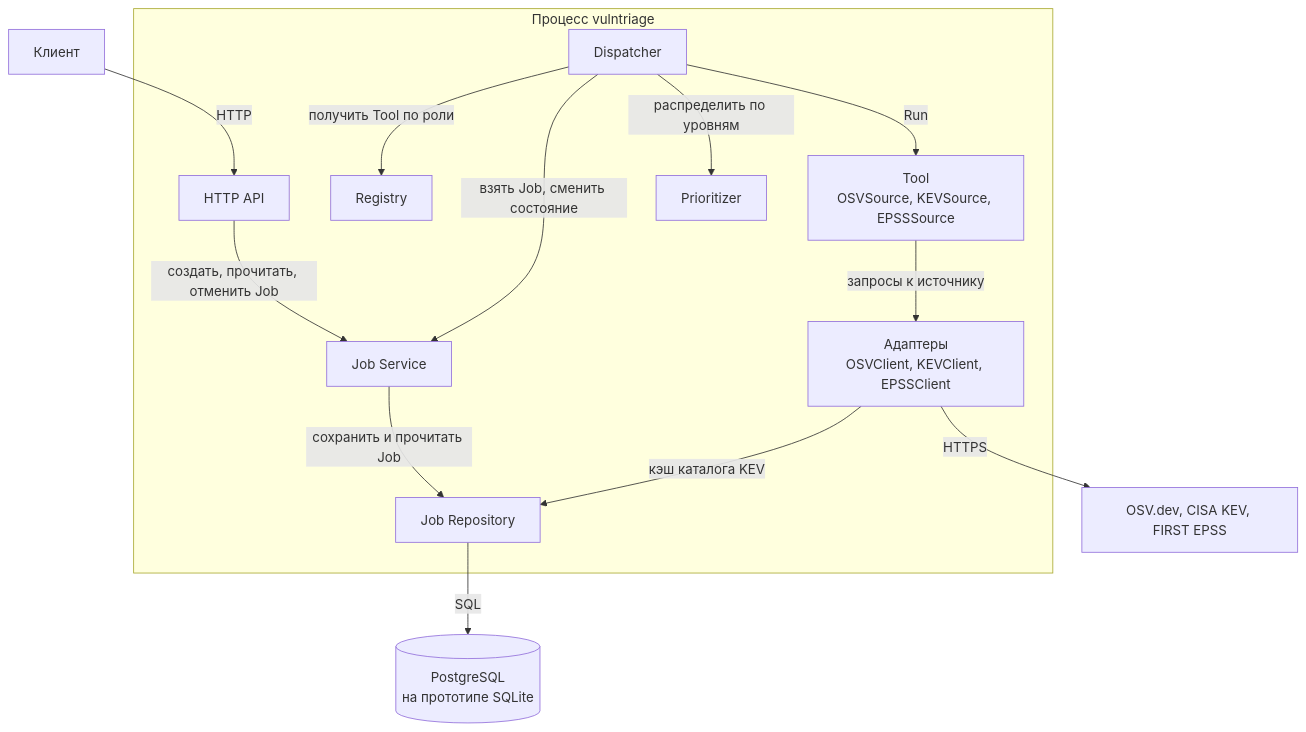
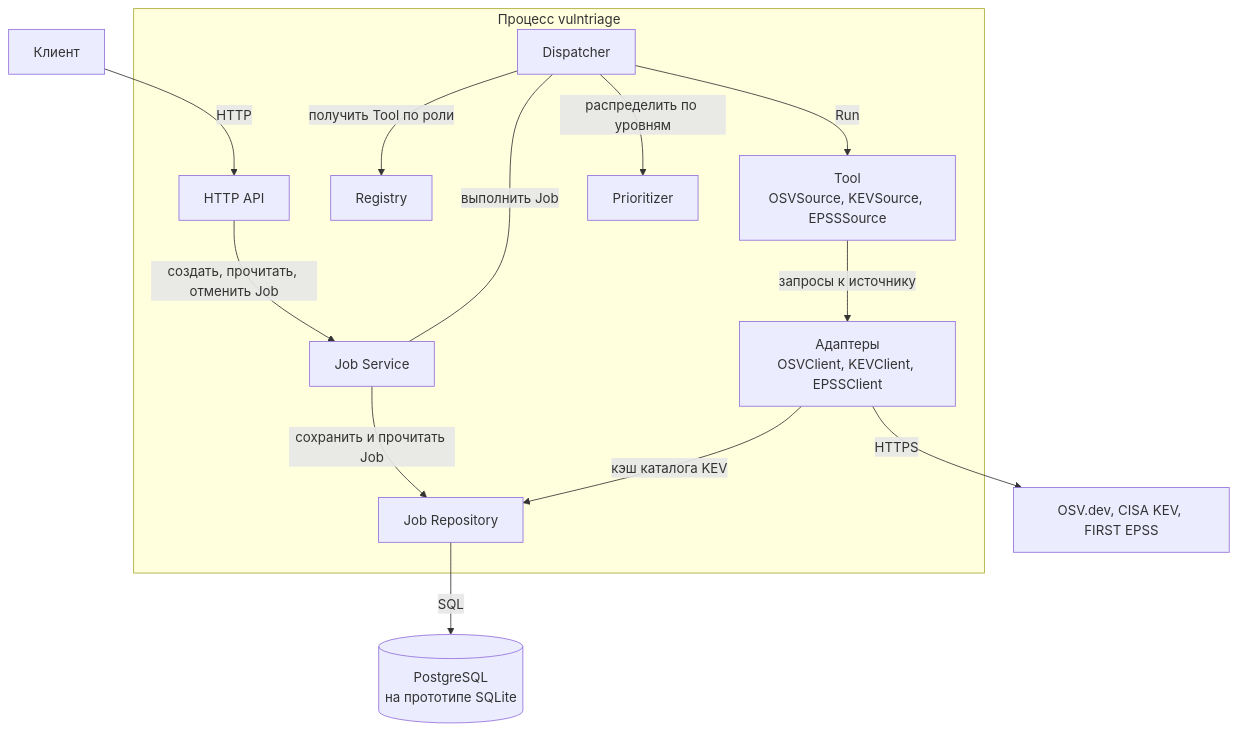
The second of 3 diagrams in docs/architecture.md (AIProgramIngeneering2026/team-kepler22), drawn with Mermaid before and after one commit. The commit also changed other lines of this file and 3 other files, not shown here.

````diff
--- a/docs/architecture.md
+++ b/docs/architecture.md
@@ -32,30 +32,30 @@
 ```mermaid
 flowchart TB
     client["Клиент"]
 
     subgraph svc ["Процесс vulntriage"]
         api["HTTP API"]
         jobs["Job Service"]
         disp["Dispatcher"]
         reg["Registry"]
         tools["Tool<br/>OSVSource, KEVSource, EPSSSource"]
         rules["Prioritizer"]
         adapters["Адаптеры<br/>OSVClient, KEVClient, EPSSClient"]
         repo["Job Repository"]
     end
 
     db[("PostgreSQL<br/>на прототипе SQLite")]
     ext["OSV.dev, CISA KEV, FIRST EPSS"]
 
     client -- "HTTP" --> api
     api -- "создать, прочитать, отменить Job" --> jobs
     jobs -- "сохранить и прочитать Job" --> repo
-    disp -- "взять Job, сменить состояние" --> jobs
+    disp -- "выполнить Job" --- jobs
     disp -- "получить Tool по роли" --> reg
     disp -- "Run" --> tools
     disp -- "распределить по уровням" --> rules
     tools -- "запросы к источнику" --> adapters
     adapters -- "кэш каталога KEV" --> repo
     adapters -- "HTTPS" --> ext
     repo -- "SQL" --> db
 ```
````
